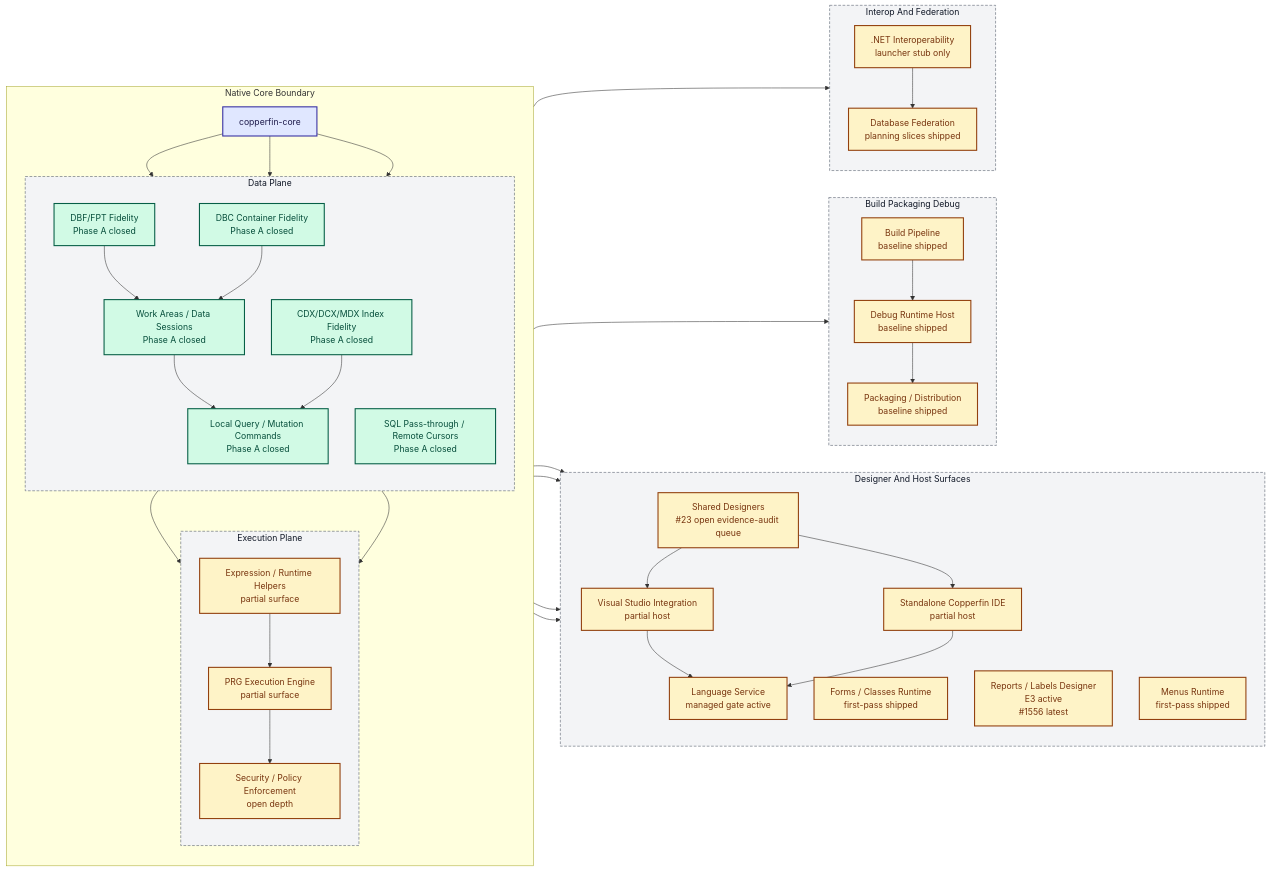
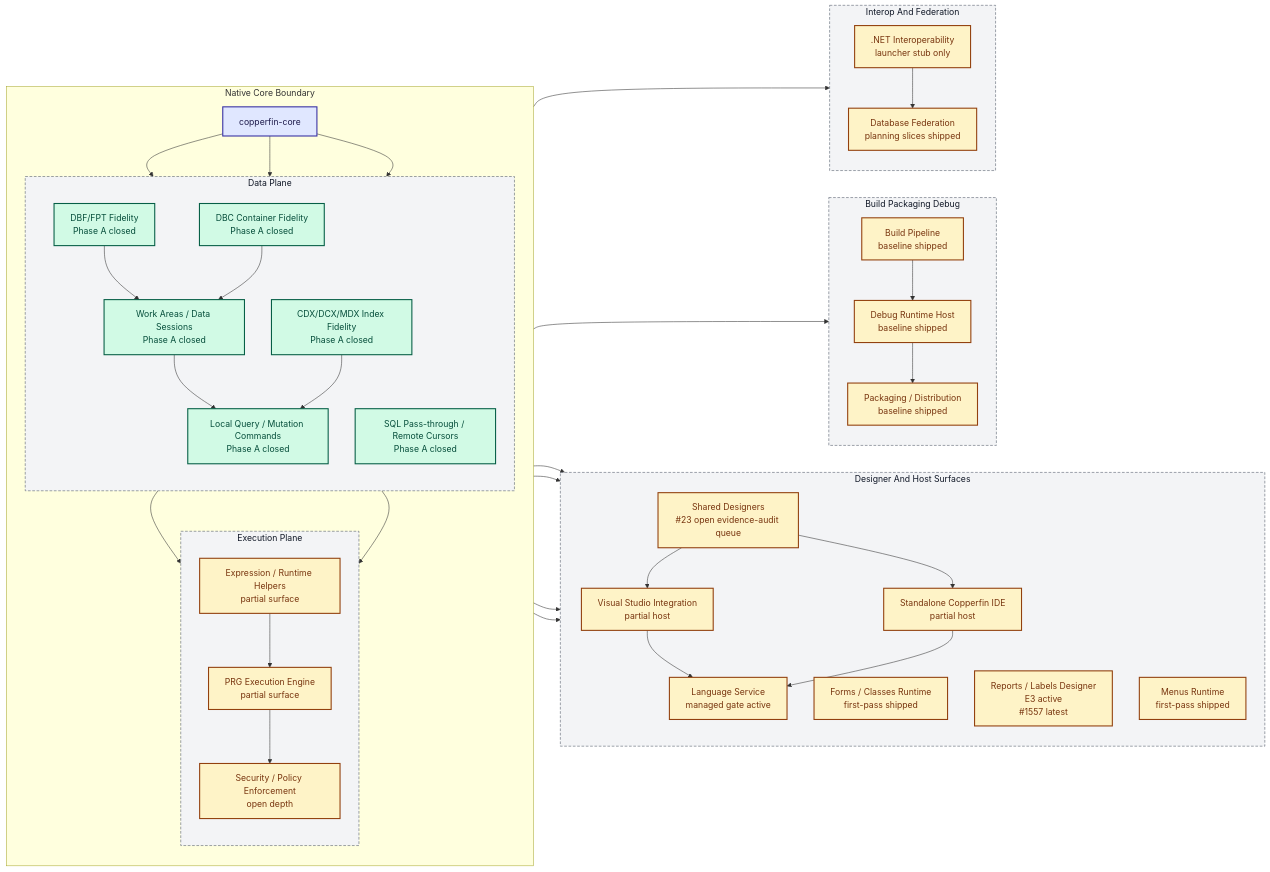
One commit to rhamenator/Project-Copperfin changed the diagram in docs/02-architecture.md. Above: the diagram before and after it, drawn with Mermaid. The commit also changed 6 other files, not shown here.

```diff
--- a/docs/02-architecture.md
+++ b/docs/02-architecture.md
@@ -36,7 +36,7 @@
         direction TB
         DES["Shared Designers<br/>#23 open evidence-audit queue"]
         FORMS["Forms / Classes Runtime<br/>first-pass shipped"]
-        RPT["Reports / Labels Designer<br/>E3 active<br/>#1556 latest"]
+        RPT["Reports / Labels Designer<br/>E3 active<br/>#1557 latest"]
         MENU["Menus Runtime<br/>first-pass shipped"]
         VS["Visual Studio Integration<br/>partial host"]
         IDE["Standalone Copperfin IDE<br/>partial host"]
```
